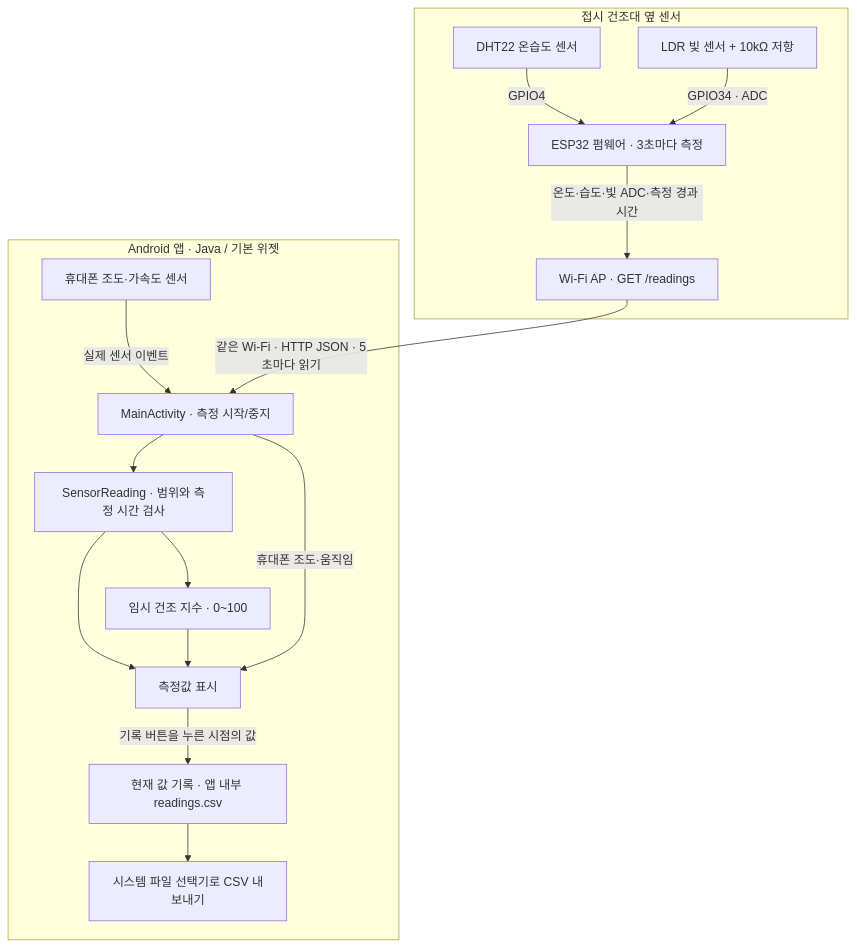
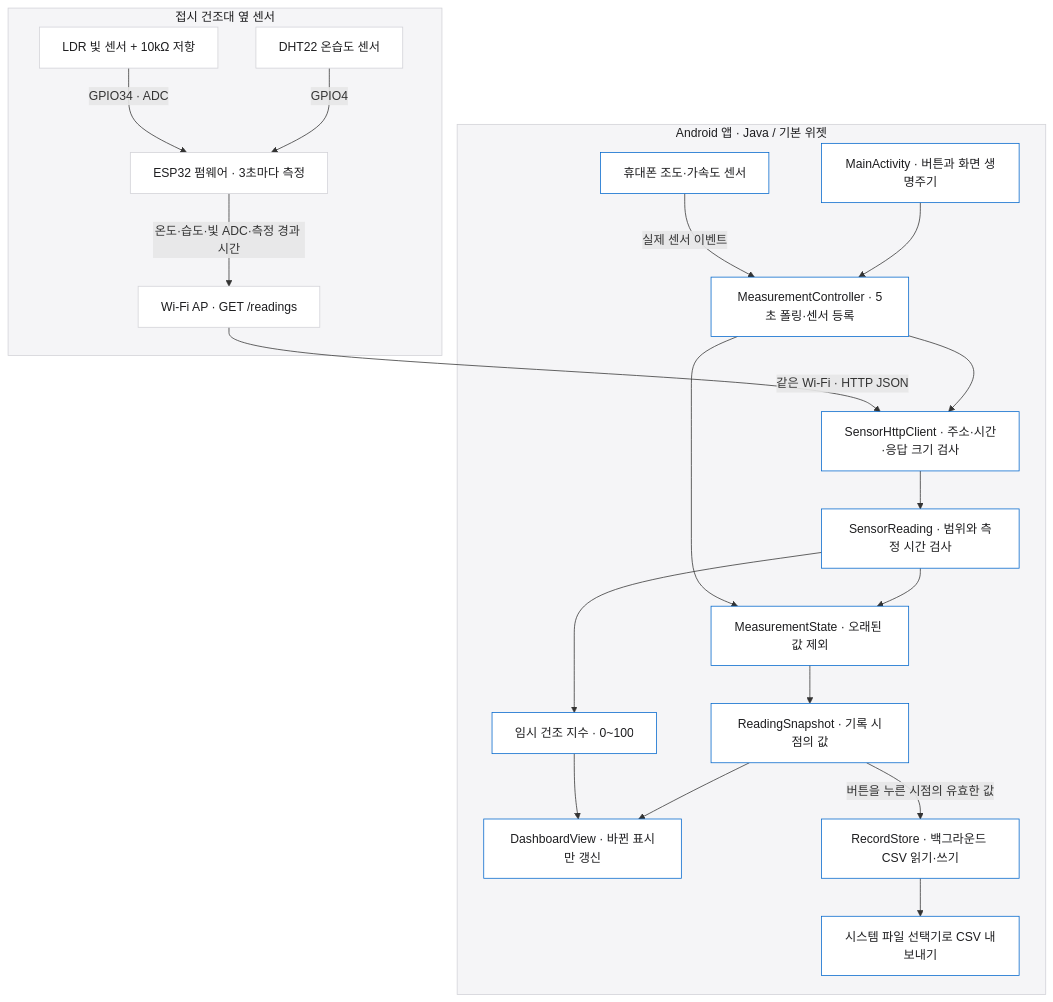
One commit to unknownamed/lgax-kitchen-sensor-android changed the diagram in README.md. Above: the diagram before and after it, drawn with Mermaid. The commit also changed other lines of this file and 16 other files, not shown here.

````diff
--- a/README.md
+++ b/README.md
@@ -37,32 +39,46 @@
 ```mermaid
 flowchart TD
     subgraph rack["접시 건조대 옆 센서"]
         DHT["DHT22 온습도 센서"]
         LDR["LDR 빛 센서 + 10kΩ 저항"]
         ESP["ESP32 펌웨어 · 3초마다 측정"]
         API["Wi-Fi AP · GET /readings"]
         DHT -->|GPIO4| ESP
         LDR -->|GPIO34 · ADC| ESP
         ESP -->|"온도·습도·빛 ADC·측정 경과 시간"| API
     end
 
     subgraph phone["Android 앱 · Java / 기본 위젯"]
-        MAIN["MainActivity · 측정 시작/중지"]
+        MAIN["MainActivity · 버튼과 화면 생명주기"]
+        CONTROL["MeasurementController · 5초 폴링·센서 등록"]
+        HTTP["SensorHttpClient · 주소·시간·응답 크기 검사"]
         PARSE["SensorReading · 범위와 측정 시간 검사"]
-        SCREEN["측정값 표시"]
+        STATE["MeasurementState · 오래된 값 제외"]
+        SNAP["ReadingSnapshot · 기록 시점의 값"]
+        SCREEN["DashboardView · 바뀐 표시만 갱신"]
         INDEX["임시 건조 지수 · 0~100"]
         PHONE["휴대폰 조도·가속도 센서"]
-        FILE["현재 값 기록 · 앱 내부 readings.csv"]
+        FILE["RecordStore · 백그라운드 CSV 읽기·쓰기"]
         EXPORT["시스템 파일 선택기로 CSV 내보내기"]
-        MAIN --> PARSE
-        PARSE --> SCREEN
+        MAIN --> CONTROL
+        CONTROL --> HTTP
+        HTTP --> PARSE
+        PARSE --> STATE
+        STATE --> SNAP
+        SNAP --> SCREEN
         PARSE --> INDEX
         INDEX --> SCREEN
-        PHONE -->|"실제 센서 이벤트"| MAIN
-        MAIN -->|"휴대폰 조도·움직임"| SCREEN
-        SCREEN -->|"기록 버튼을 누른 시점의 값"| FILE
+        PHONE -->|"실제 센서 이벤트"| CONTROL
+        CONTROL --> STATE
+        SNAP -->|"버튼을 누른 시점의 유효한 값"| FILE
         FILE --> EXPORT
     end
 
-    API -->|"같은 Wi-Fi · HTTP JSON · 5초마다 읽기"| MAIN
+    API -->|"같은 Wi-Fi · HTTP JSON"| HTTP
+    classDef device fill:#ffffff,stroke:#d2d2d7,color:#1d1d1f
+    classDef app fill:#ffffff,stroke:#0066cc,color:#1d1d1f
+    class DHT,LDR,ESP,API device
+    class MAIN,CONTROL,HTTP,PARSE,STATE,SNAP,SCREEN,INDEX,PHONE,FILE,EXPORT app
+    style rack fill:#f5f5f7,stroke:#d2d2d7,color:#1d1d1f
+    style phone fill:#f5f5f7,stroke:#d2d2d7,color:#1d1d1f
 ```
````
